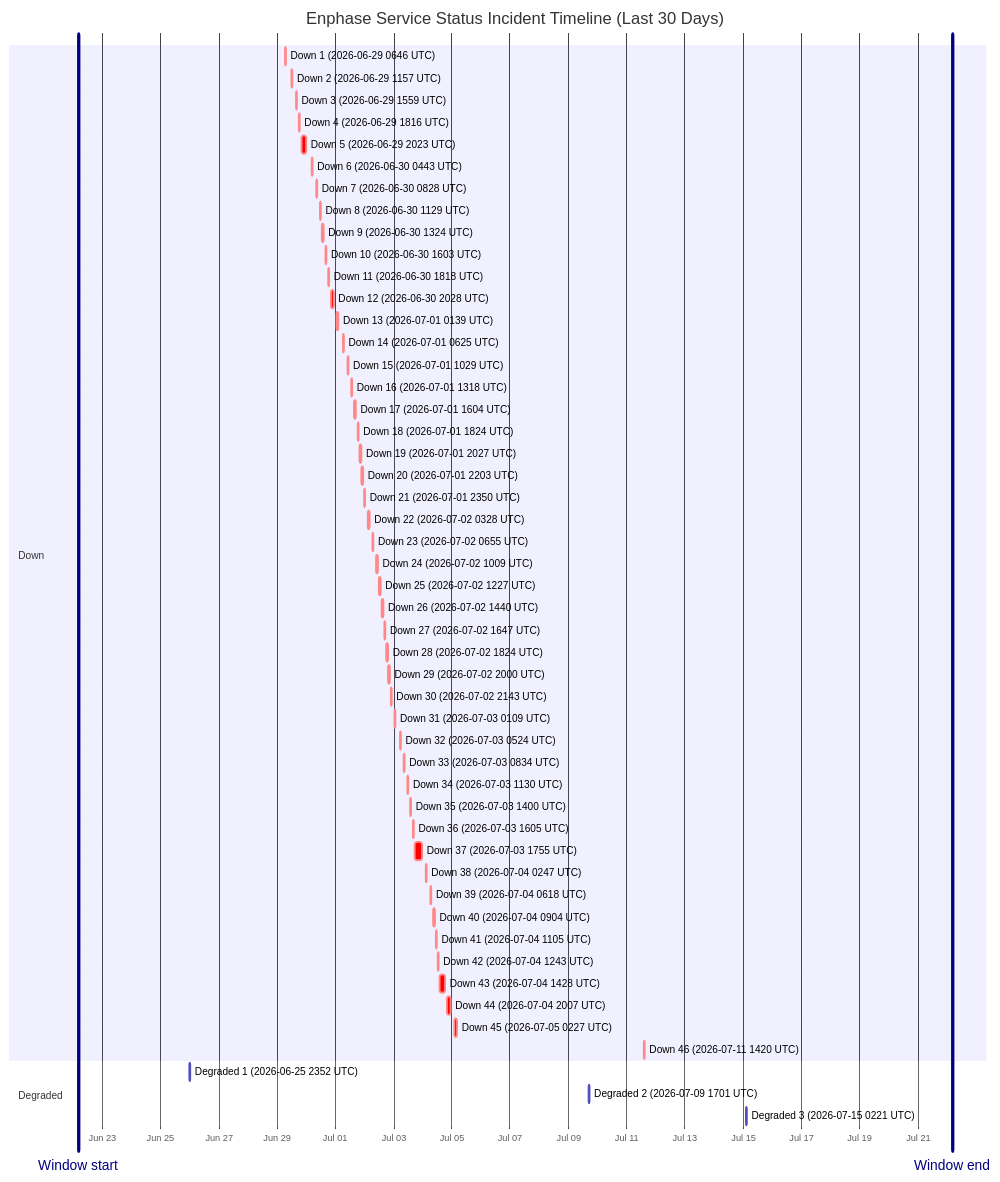
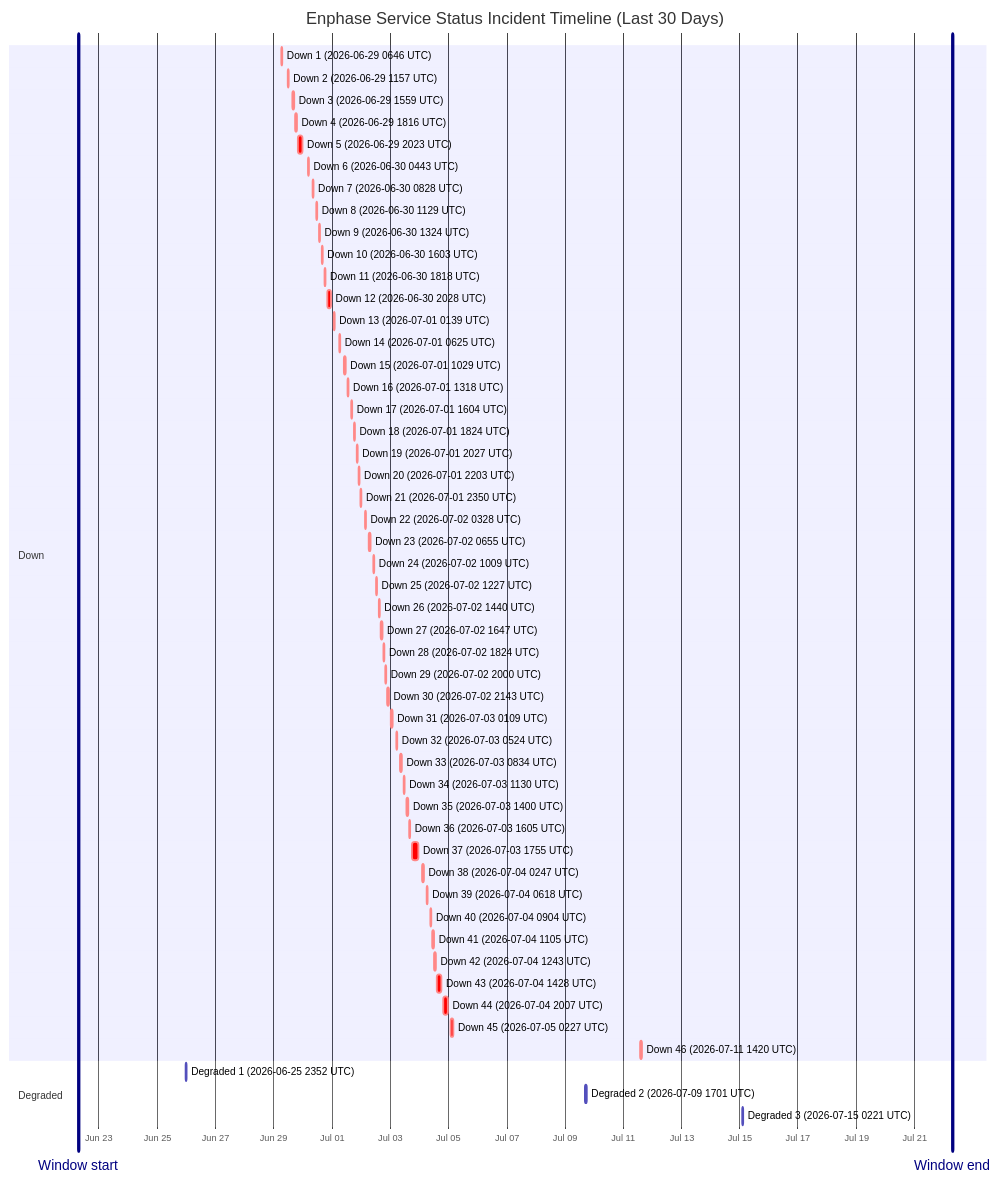
The diagram in wiki/Service-Status-History.md (barneyonline/ha-enphase-energy), drawn with Mermaid before and after one commit. The commit also changed other lines of this file and 3 other files, not shown here.

````diff
--- a/wiki/Service-Status-History.md
+++ b/wiki/Service-Status-History.md
@@ -14,59 +14,59 @@
 ```mermaid
 gantt
     title Enphase Service Status Incident Timeline (Last 30 Days)
     dateFormat  YYYY-MM-DDTHH:mm:ss
     axisFormat  %b %d
-    Window start :vert, window-start, 2026-06-22T04:22:11, 0ms
-    Window end :vert, window-end, 2026-07-22T04:22:11, 0ms
+    Window start :vert, window-start, 2026-06-22T07:08:58, 0ms
+    Window end :vert, window-end, 2026-07-22T07:08:58, 0ms
     section Down
     Down 1 (2026-06-29 0646 UTC) :crit, down-1, 2026-06-29T06:46:18, 60m
     Down 2 (2026-06-29 1157 UTC) :crit, down-2, 2026-06-29T11:57:36, 60m
     Down 3 (2026-06-29 1559 UTC) :crit, down-3, 2026-06-29T15:59:02, 60m
     Down 4 (2026-06-29 1816 UTC) :crit, down-4, 2026-06-29T18:16:38, 60m
     Down 5 (2026-06-29 2023 UTC) :crit, down-5, 2026-06-29T20:23:16, 220m
     Down 6 (2026-06-30 0443 UTC) :crit, down-6, 2026-06-30T04:43:54, 60m
     Down 7 (2026-06-30 0828 UTC) :crit, down-7, 2026-06-30T08:28:43, 60m
     Down 8 (2026-06-30 1129 UTC) :crit, down-8, 2026-06-30T11:29:15, 60m
     Down 9 (2026-06-30 1324 UTC) :crit, down-9, 2026-06-30T13:24:25, 60m
     Down 10 (2026-06-30 1603 UTC) :crit, down-10, 2026-06-30T16:03:26, 60m
     Down 11 (2026-06-30 1818 UTC) :crit, down-11, 2026-06-30T18:18:39, 60m
     Down 12 (2026-06-30 2028 UTC) :crit, down-12, 2026-06-30T20:28:54, 171m
     Down 13 (2026-07-01 0139 UTC) :crit, down-13, 2026-07-01T01:39:18, 60m
     Down 14 (2026-07-01 0625 UTC) :crit, down-14, 2026-07-01T06:25:35, 60m
     Down 15 (2026-07-01 1029 UTC) :crit, down-15, 2026-07-01T10:29:24, 60m
     Down 16 (2026-07-01 1318 UTC) :crit, down-16, 2026-07-01T13:18:31, 60m
     Down 17 (2026-07-01 1604 UTC) :crit, down-17, 2026-07-01T16:04:29, 60m
     Down 18 (2026-07-01 1824 UTC) :crit, down-18, 2026-07-01T18:24:21, 60m
     Down 19 (2026-07-01 2027 UTC) :crit, down-19, 2026-07-01T20:27:17, 60m
     Down 20 (2026-07-01 2203 UTC) :crit, down-20, 2026-07-01T22:03:46, 60m
     Down 21 (2026-07-01 2350 UTC) :crit, down-21, 2026-07-01T23:50:52, 60m
     Down 22 (2026-07-02 0328 UTC) :crit, down-22, 2026-07-02T03:28:33, 60m
     Down 23 (2026-07-02 0655 UTC) :crit, down-23, 2026-07-02T06:55:07, 60m
     Down 24 (2026-07-02 1009 UTC) :crit, down-24, 2026-07-02T10:09:15, 60m
     Down 25 (2026-07-02 1227 UTC) :crit, down-25, 2026-07-02T12:27:49, 60m
     Down 26 (2026-07-02 1440 UTC) :crit, down-26, 2026-07-02T14:40:53, 60m
     Down 27 (2026-07-02 1647 UTC) :crit, down-27, 2026-07-02T16:47:47, 60m
     Down 28 (2026-07-02 1824 UTC) :crit, down-28, 2026-07-02T18:24:26, 60m
     Down 29 (2026-07-02 2000 UTC) :crit, down-29, 2026-07-02T20:00:57, 60m
     Down 30 (2026-07-02 2143 UTC) :crit, down-30, 2026-07-02T21:43:52, 80m
     Down 31 (2026-07-03 0109 UTC) :crit, down-31, 2026-07-03T01:09:19, 60m
     Down 32 (2026-07-03 0524 UTC) :crit, down-32, 2026-07-03T05:24:23, 60m
     Down 33 (2026-07-03 0834 UTC) :crit, down-33, 2026-07-03T08:34:05, 60m
     Down 34 (2026-07-03 1130 UTC) :crit, down-34, 2026-07-03T11:30:41, 60m
     Down 35 (2026-07-03 1400 UTC) :crit, down-35, 2026-07-03T14:00:48, 60m
     Down 36 (2026-07-03 1605 UTC) :crit, down-36, 2026-07-03T16:05:49, 60m
     Down 37 (2026-07-03 1755 UTC) :crit, down-37, 2026-07-03T17:55:54, 338m
     Down 38 (2026-07-04 0247 UTC) :crit, down-38, 2026-07-04T02:47:22, 60m
     Down 39 (2026-07-04 0618 UTC) :crit, down-39, 2026-07-04T06:18:09, 60m
     Down 40 (2026-07-04 0904 UTC) :crit, down-40, 2026-07-04T09:04:41, 60m
     Down 41 (2026-07-04 1105 UTC) :crit, down-41, 2026-07-04T11:05:21, 60m
     Down 42 (2026-07-04 1243 UTC) :crit, down-42, 2026-07-04T12:43:25, 60m
     Down 43 (2026-07-04 1428 UTC) :crit, down-43, 2026-07-04T14:28:07, 243m
     Down 44 (2026-07-04 2007 UTC) :crit, down-44, 2026-07-04T20:07:50, 206m
     Down 45 (2026-07-05 0227 UTC) :crit, down-45, 2026-07-05T02:27:32, 109m
     Down 46 (2026-07-11 1420 UTC) :crit, down-46, 2026-07-11T14:20:54, 69m
     section Degraded
     Degraded 1 (2026-06-25 2352 UTC) :active, degraded-1, 2026-06-25T23:52:01, 60m
     Degraded 2 (2026-07-09 1701 UTC) :active, degraded-2, 2026-07-09T17:01:02, 60m
     Degraded 3 (2026-07-15 0221 UTC) :active, degraded-3, 2026-07-15T02:21:35, 60m
 ```
````
